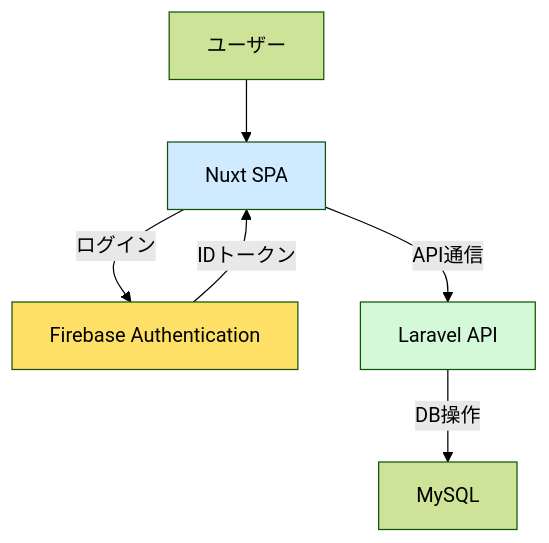
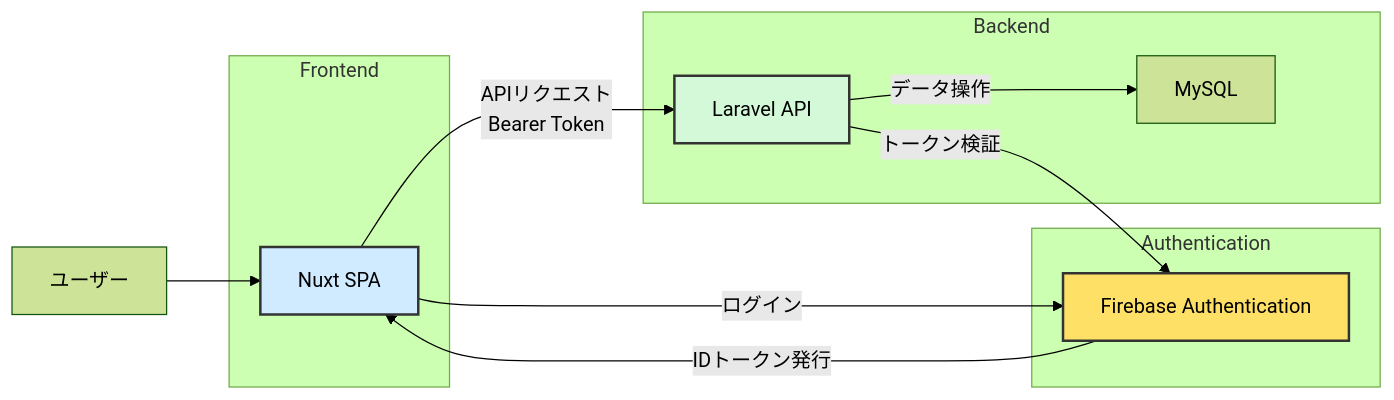
The diagram in README.md (okumurachie/Twitter-portfolio-frontend), drawn with Mermaid (forest theme) before and after one commit. The commit also changed other lines of this file, not shown here.

Commit message:
README.md アーキテクチャ図追加

````diff
--- a/README.md
+++ b/README.md
@@ -78,14 +78,35 @@
 ```mermaid
-flowchart TD
-    A[ユーザー] --> B[Nuxt SPA ]
+flowchart LR
 
-    B -->|ログイン| C[Firebase Authentication]
-    C -->|IDトークン| B
+    %% ===== User =====
+    A[ユーザー]
 
-    B -->|API通信| D[Laravel API]
-    D -->|DB操作| E[MySQL]
+    %% ===== Frontend =====
+    subgraph Frontend
+        B["Nuxt SPA"]
+    end
 
-    style B fill:#d0ebff, color:#000
-    style C fill:#ffe066, color:#000
-    style D fill:#d3f9d8, color:#000
+    %% ===== Auth =====
+    subgraph Authentication
+        C["Firebase Authentication"]
+    end
+
+    %% ===== Backend =====
+    subgraph Backend
+        D["Laravel API"]
+        E["MySQL"]
+    end
+
+    %% ===== Flow =====
+    A --> B
+    B -->|ログイン| C
+    C -->|IDトークン発行| B
+    B -->|APIリクエスト<br/>Bearer Token| D
+    D -->|トークン検証| C
+    D -->|データ操作| E
+
+    %% ===== Style =====
+    style B fill:#d0ebff,color:#000,stroke:#333,stroke-width:2px
+    style C fill:#ffe066,color:#000,stroke:#333,stroke-width:2px
+    style D fill:#d3f9d8,color:#000,stroke:#333,stroke-width:2px
 ```
````
